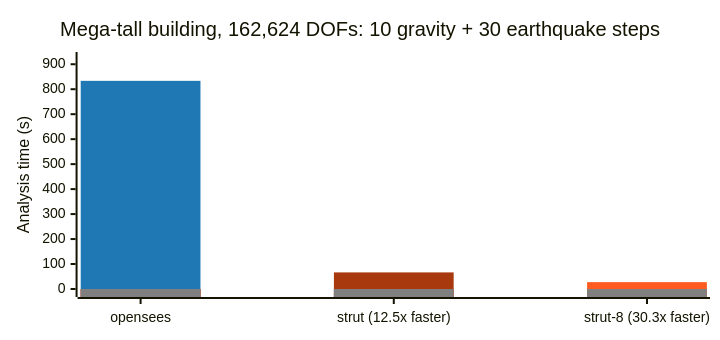
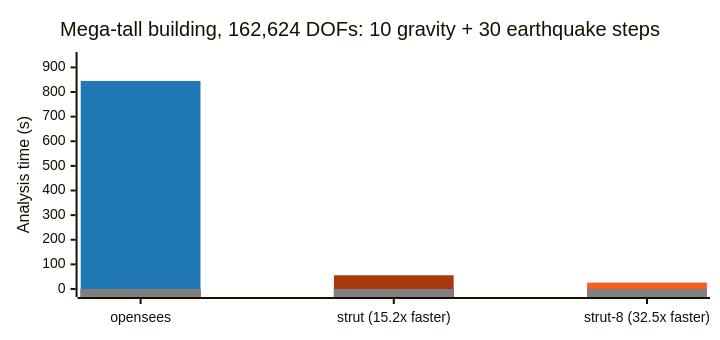
One commit to NathanaelRea/Strut changed the diagram in README.md. Above: the diagram before and after it, drawn with Mermaid. The commit also changed other lines of this file and 57 other files, not shown here.

````diff
--- a/README.md
+++ b/README.md
@@ -9,18 +9,18 @@
 ```mermaid
 ---
 config:
   xyChart:
     height: 320
   themeVariables:
     xyChart:
       plotColorPalette: '#1f77b4, #a8390f, #FF5A1F, #808080'
 ---
 xychart-beta
     title "Mega-tall building, 162,624 DOFs: 10 gravity + 30 earthquake steps"
-    x-axis ["opensees", "strut (12.5x faster)", "strut-8 (30.3x faster)"]
-    y-axis "Analysis time (s)" 0 --> 917
-    bar [833.530, 0, 0]
-    bar [0, 66.435, 0]
-    bar [0, 0, 27.474]
+    x-axis ["opensees", "strut (15.2x faster)", "strut-8 (32.5x faster)"]
+    y-axis "Analysis time (s)" 0 --> 930
+    bar [845.011, 0, 0]
+    bar [0, 55.694, 0]
+    bar [0, 0, 25.981]
     bar [0, 0, 0]
 ```
````
